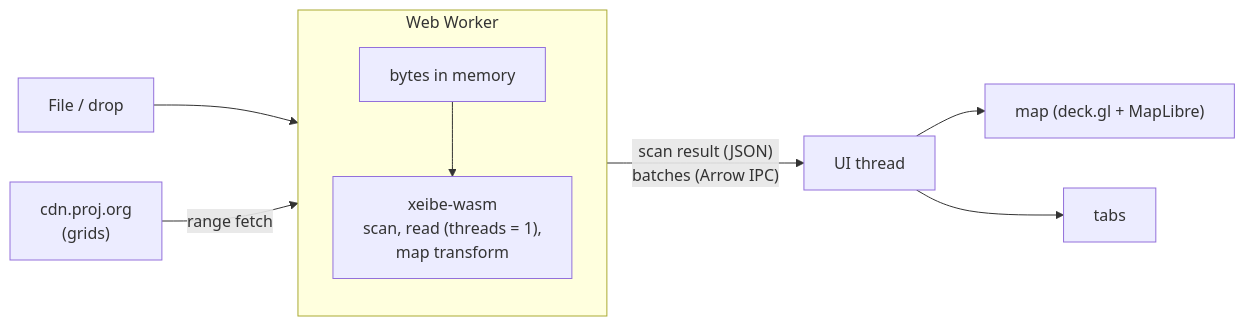
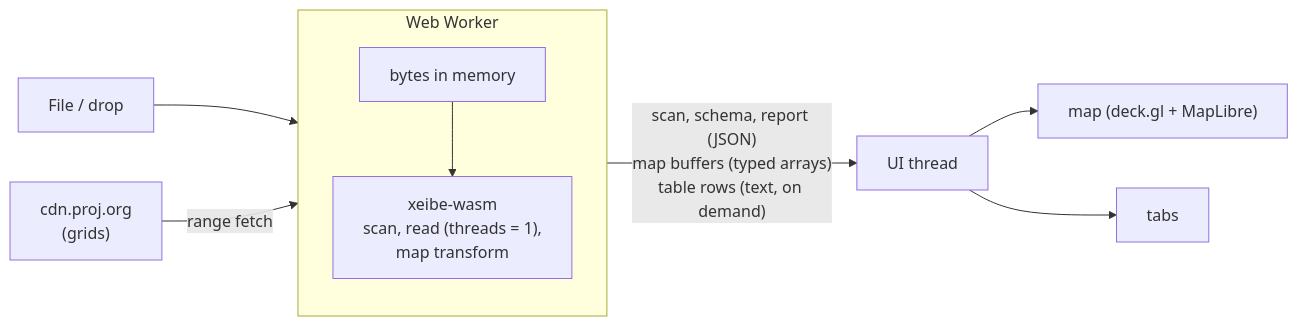
The diagram in docs/web.md (ttomasz/xeibe), drawn with Mermaid before and after one commit. The commit also changed other lines of this file and 18 other files, not shown here.

First line of the commit message:
Web page: GML read in the browser, on a map and in a table

````diff
--- a/docs/web.md
+++ b/docs/web.md
@@ -106,11 +120,11 @@
 ```mermaid
 flowchart LR
     file["File / drop"] --> worker
     cdn["cdn.proj.org<br/>(grids)"] -->|range fetch| worker
     subgraph worker["Web Worker"]
         bytes["bytes in memory"] --> wasm["xeibe-wasm<br/>scan, read (threads = 1),<br/>map transform"]
     end
-    worker -->|"scan result (JSON)<br/>batches (Arrow IPC)"| ui["UI thread"]
+    worker -->|"scan, schema, report (JSON)<br/>map buffers (typed arrays)<br/>table rows (text, on demand)"| ui["UI thread"]
     ui --> map["map (deck.gl + MapLibre)"]
     ui --> tabs["tabs"]
 ```
````
